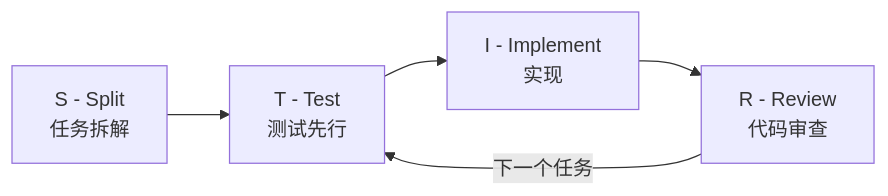
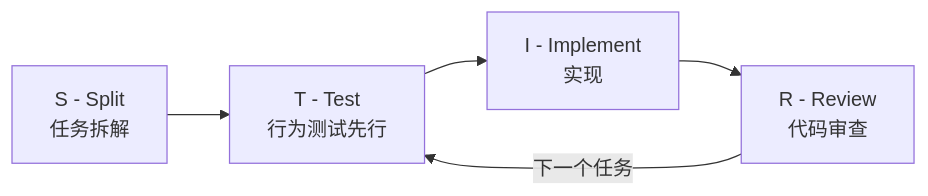
One commit to mgeer/master_ai_programming changed the first of 2 diagrams in content/06-D-开发实现-STIR.md. Above: the diagram before and after it, drawn with Mermaid. The commit also changed other lines of this file and 3 other files, not shown here.

````diff
--- a/content/06-D-开发实现-STIR.md
+++ b/content/06-D-开发实现-STIR.md
@@ -19,7 +19,7 @@
 ```mermaid
 graph LR
-    S["S - Split<br/>任务拆解"] --> T["T - Test<br/>测试先行"]
+    S["S - Split<br/>任务拆解"] --> T["T - Test<br/>行为测试先行"]
     T --> I["I - Implement<br/>实现"]
     I --> R["R - Review<br/>代码审查"]
     R -->|"下一个任务"| T
 ```
````
